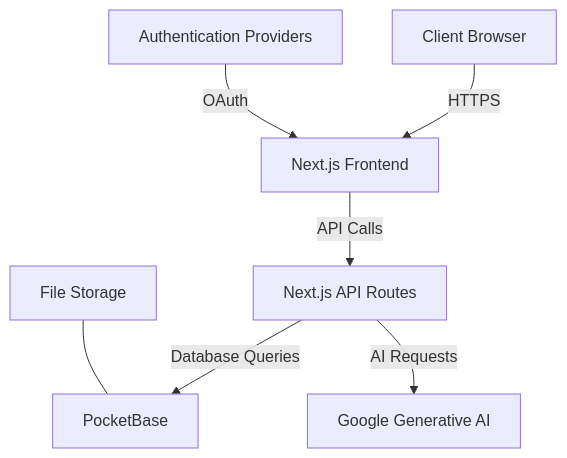
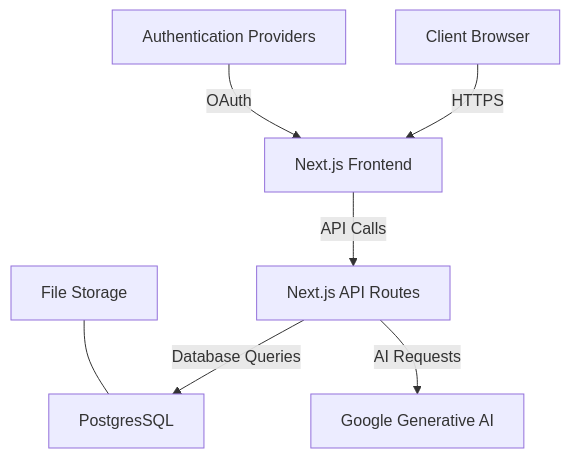
One commit to john-overton/yet-another-wiki-demo changed the diagram in docs/DevPlanning/RFP Application and Architecture and API Design.md. Above: the diagram before and after it, drawn with Mermaid. The commit also changed other lines of this file and 2 other files, not shown here.

Commit message:
Updated documentation for Postgres

````diff
--- a/docs/DevPlanning/RFP Application and Architecture and API Design.md
+++ b/docs/DevPlanning/RFP Application and Architecture and API Design.md
@@ -7,9 +7,9 @@
 ```mermaid
 graph TD
     A[Client Browser] -->|HTTPS| B[Next.js Frontend]
     B -->|API Calls| C[Next.js API Routes]
-    C -->|Database Queries| D[PocketBase]
+    C -->|Database Queries| D[PostgresSQL]
     C -->|AI Requests| E[Google Generative AI]
     F[Authentication Providers] -->|OAuth| B
     G[File Storage] --- D
 ```
````
